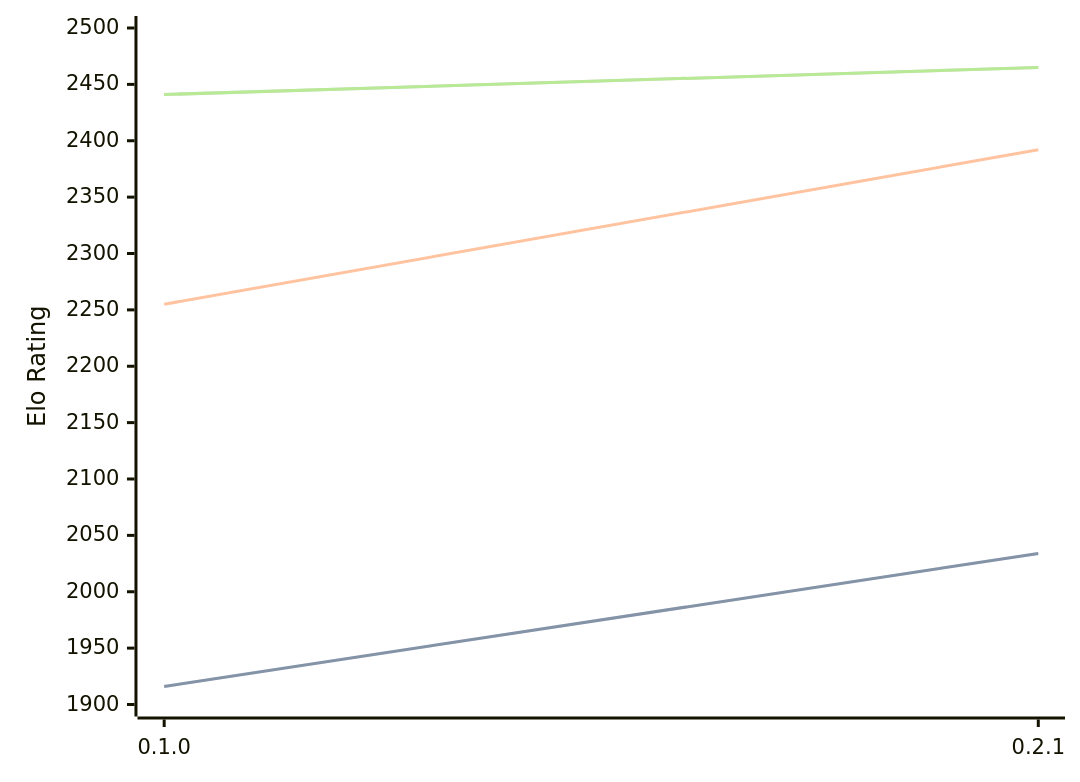
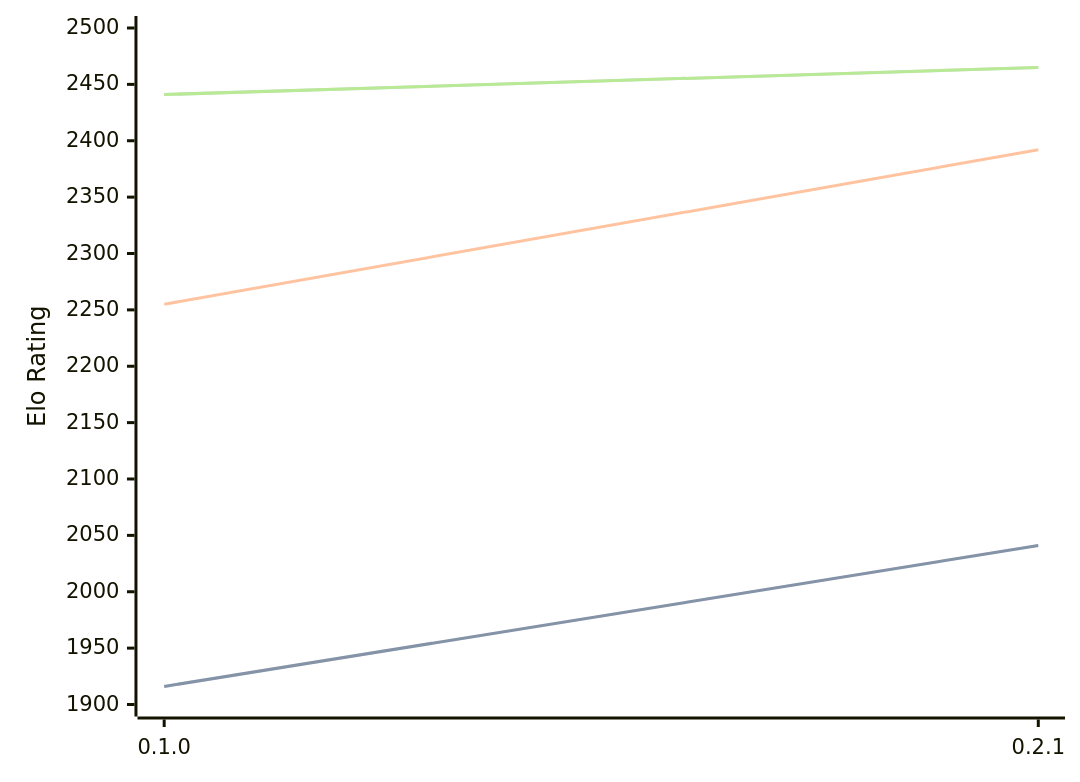
Before and after one commit to computer-chess-index/cci: the diagram in engines/Sykora.md, drawn with Mermaid. The commit also changed other lines of this file, not shown here.

Commit message:
Update CCI Ratings (ELO VLTC) - 2026-04-10

````diff
--- a/engines/Sykora.md
+++ b/engines/Sykora.md
@@ -33,11 +33,11 @@
 ```mermaid
 %%{init: {"theme":"base","themeVariables":{"seriesColors:['#a3a3a3','#222221','#faa371']}}}%%
 xychart-beta
   x-axis ["0.1.0", "0.2.1"]
   y-axis "Elo Rating" 1900 --> 2500
-  line "STC (8.0+0.08s)" [1916, 2034]
-  line "STC (8.0+0.08s)" [1916, 2034]
+  line "STC (8.0+0.08s)" [1916, 2041]
+  line "STC (8.0+0.08s)" [1916, 2041]
   line "LTC (60.0+0.60s)" [2255, 2392]
   line "VLTC (2m24s+1.12s)" [2441, 2465]
   line "VLTC (2m24s+1.12s)" [2441, 2465]
 ```
````
